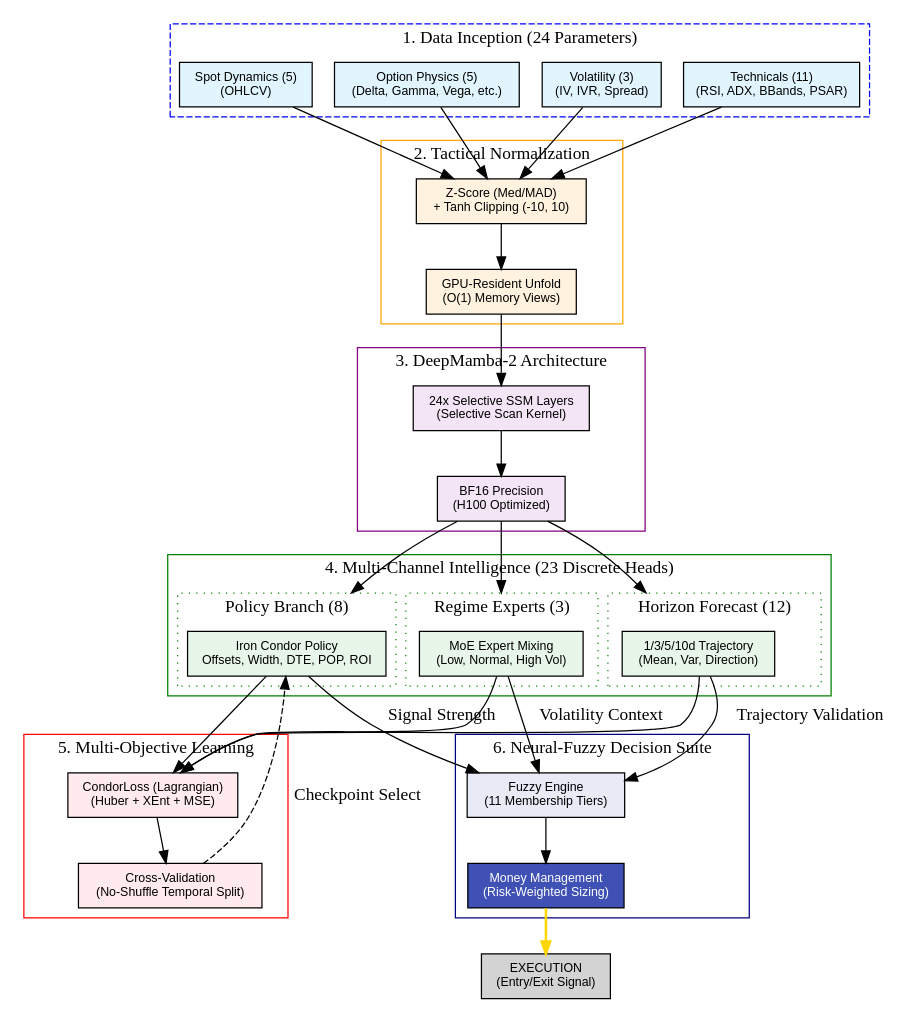
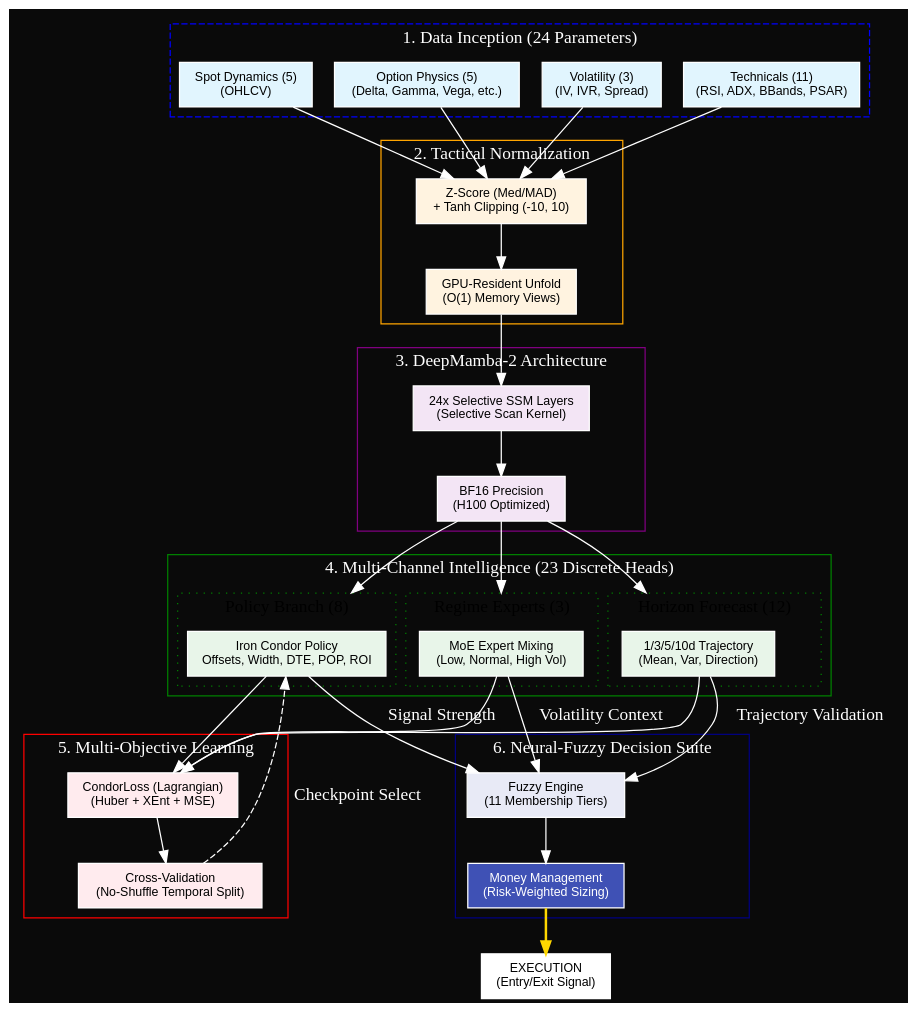
Before and after one commit to trextrader/spy-iron-condor-trading: the diagram in docs/architecture/condor_intelligence_flow.dot, drawn with Graphviz. The commit also changed 36 other files, not shown here.

Commit message:
Apply Black Background to All Architecture Diagrams + Regenerate PNGs

```diff
--- a/docs/architecture/condor_intelligence_flow.dot
+++ b/docs/architecture/condor_intelligence_flow.dot
@@ -1,94 +1,106 @@
 digraph CondorIntelligence {
     rankdir=TB;
-    node [shape=box, style=filled, fontname="Helvetica", fontsize=10];
+    bgcolor="#0a0a0a";
+    node [shape=box, style=filled, fontname="Helvetica", fontsize=10, color="white", fontcolor="black"];
+    edge [color="white", fontcolor="white"];
     compound=true;
+    fontcolor="white";
 
     subgraph cluster_input {
         label = "1. Data Inception (24 Parameters)";
+        fontcolor="white";
         style = dashed;
         color = blue;
         input_spot [label="Spot Dynamics (5)\n(OHLCV)", fillcolor="#e1f5fe"];
         input_greeks [label="Option Physics (5)\n(Delta, Gamma, Vega, etc.)", fillcolor="#e1f5fe"];
         input_vol [label="Volatility (3)\n(IV, IVR, Spread)", fillcolor="#e1f5fe"];
         input_tech [label="Technicals (11)\n(RSI, ADX, BBands, PSAR)", fillcolor="#e1f5fe"];
     }
 
     subgraph cluster_preprocess {
         label = "2. Tactical Normalization";
+        fontcolor="white";
         color = orange;
         norm [label="Z-Score (Med/MAD)\n+ Tanh Clipping (-10, 10)", fillcolor="#fff3e0"];
         gpu_unfold [label="GPU-Resident Unfold\n(O(1) Memory Views)", fillcolor="#fff3e0"];
     }
 
     subgraph cluster_backbone {
         label = "3. DeepMamba-2 Architecture";
+        fontcolor="white";
         color = purple;
         mamba_layers [label="24x Selective SSM Layers\n(Selective Scan Kernel)", fillcolor="#f3e5f5"];
         bf16 [label="BF16 Precision\n(H100 Optimized)", fillcolor="#f3e5f5"];
     }
 
     subgraph cluster_heads {
         label = "4. Multi-Channel Intelligence (23 Discrete Heads)";
+        fontcolor="white";
         color = green;
         
         subgraph cluster_policy {
             label = "Policy Branch (8)";
+            fontcolor="black";
             style = dotted;
             head_ic [label="Iron Condor Policy\nOffsets, Width, DTE, POP, ROI", fillcolor="#e8f5e9"];
         }
         
         subgraph cluster_regime {
             label = "Regime Experts (3)";
+            fontcolor="black";
             style = dotted;
             head_moe [label="MoE Expert Mixing\n(Low, Normal, High Vol)", fillcolor="#e8f5e9"];
         }
         
         subgraph cluster_horizon {
             label = "Horizon Forecast (12)";
+            fontcolor="black";
             style = dotted;
             head_price [label="1/3/5/10d Trajectory\n(Mean, Var, Direction)", fillcolor="#e8f5e9"];
         }
     }
 
     subgraph cluster_training {
         label = "5. Multi-Objective Learning";
+        fontcolor="white";
         color = red;
         loss [label="CondorLoss (Lagrangian)\n(Huber + XEnt + MSE)", fillcolor="#ffebee"];
         val [label="Cross-Validation\n(No-Shuffle Temporal Split)", fillcolor="#ffebee"];
     }
 
     subgraph cluster_logic {
         label = "6. Neural-Fuzzy Decision Suite";
+        fontcolor="white";
         color = navy;
         fuzzy [label="Fuzzy Engine\n(11 Membership Tiers)", fillcolor="#e8eaf6", fontcolor=black];
         money [label="Money Management\n(Risk-Weighted Sizing)", fillcolor="#3f51b5", fontcolor=white];
     }
 
     // Connections
     input_spot -> norm;
     input_greeks -> norm;
     input_vol -> norm;
     input_tech -> norm;
     
     norm -> gpu_unfold;
     gpu_unfold -> mamba_layers;
     mamba_layers -> bf16;
     
     bf16 -> head_ic [lhead=cluster_policy];
     bf16 -> head_moe [lhead=cluster_regime];
     bf16 -> head_price [lhead=cluster_horizon];
     
     head_ic -> loss;
     head_moe -> loss;
     head_price -> loss;
     
     loss -> val;
     val -> head_ic [label="Checkpoint Select", style=dashed];
     
     head_ic -> fuzzy [label="Signal Strength"];
     head_moe -> fuzzy [label="Volatility Context"];
     head_price -> fuzzy [label="Trajectory Validation"];
     
     fuzzy -> money;
     money -> "EXECUTION\n(Entry/Exit Signal)" [color=gold, penwidth=2];
 }
```
